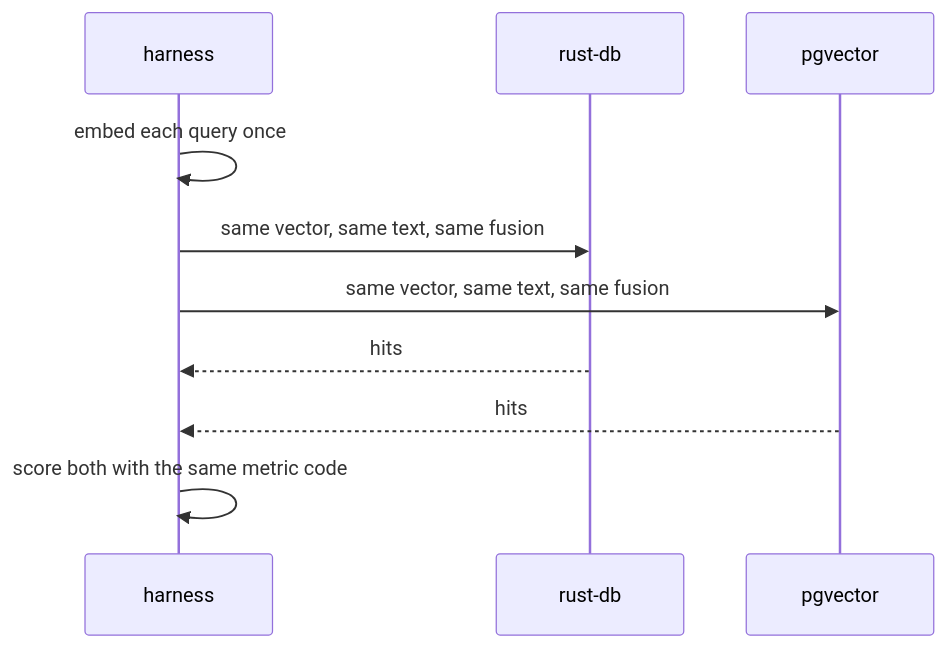
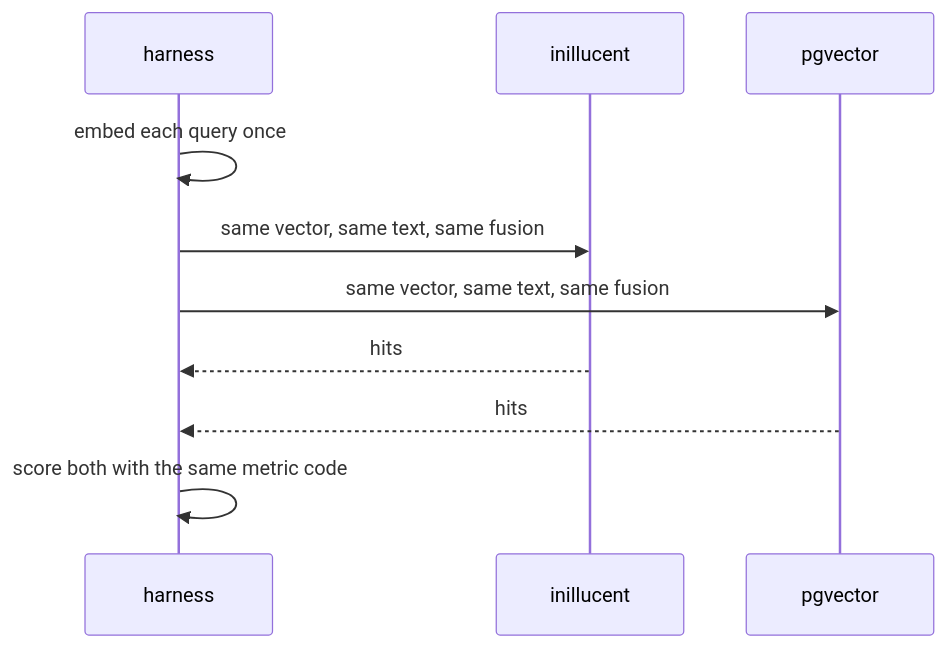
The second of 2 diagrams in tasks/beating-pgvector-on-natural-language-tdd.md (jasonmcaffee/inillucent), drawn with Mermaid before and after one commit. The commit also changed other lines of this file and 767 other files, not shown here.

````diff
--- a/tasks/beating-pgvector-on-natural-language-tdd.md
+++ b/tasks/beating-pgvector-on-natural-language-tdd.md
@@ -188,13 +188,13 @@
 ```mermaid
 sequenceDiagram
     participant H as harness
-    participant R as rust-db
+    participant R as inillucent
     participant P as pgvector
 
     H->>H: embed each query once
     H->>R: same vector, same text, same fusion
     H->>P: same vector, same text, same fusion
     R-->>H: hits
     P-->>H: hits
     H->>H: score both with the same metric code
 ```
````
